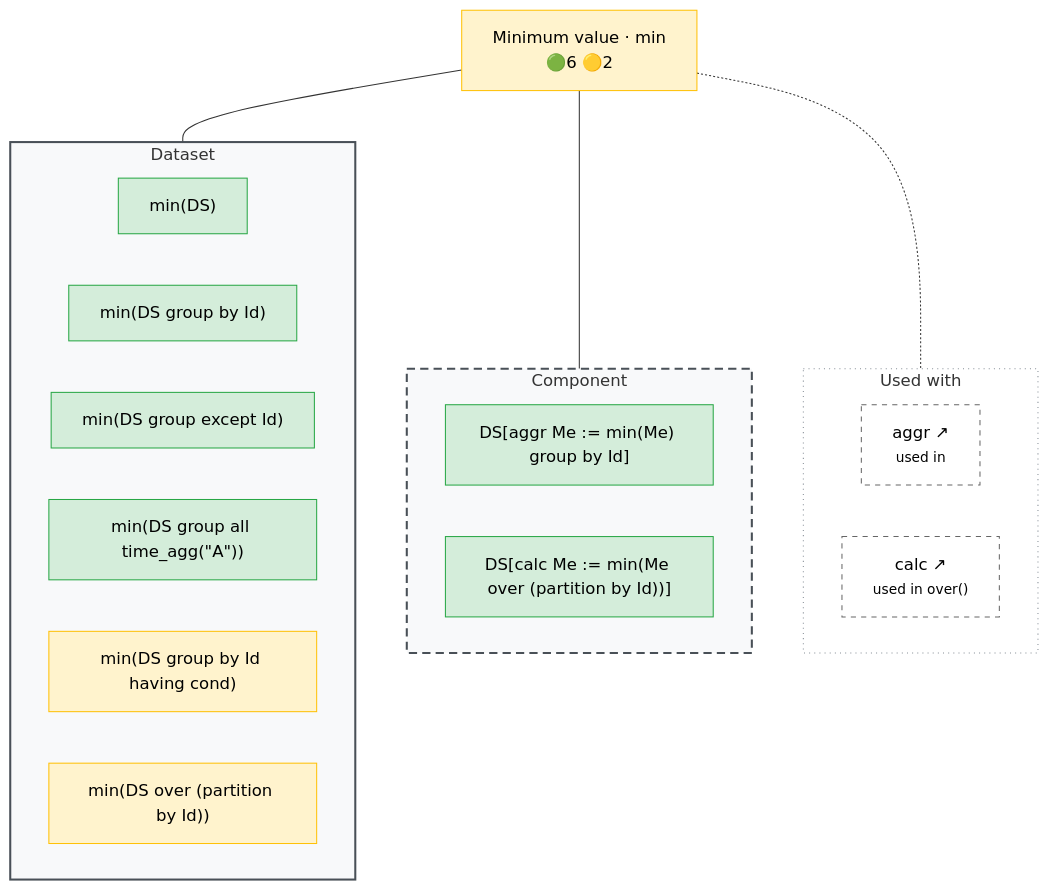
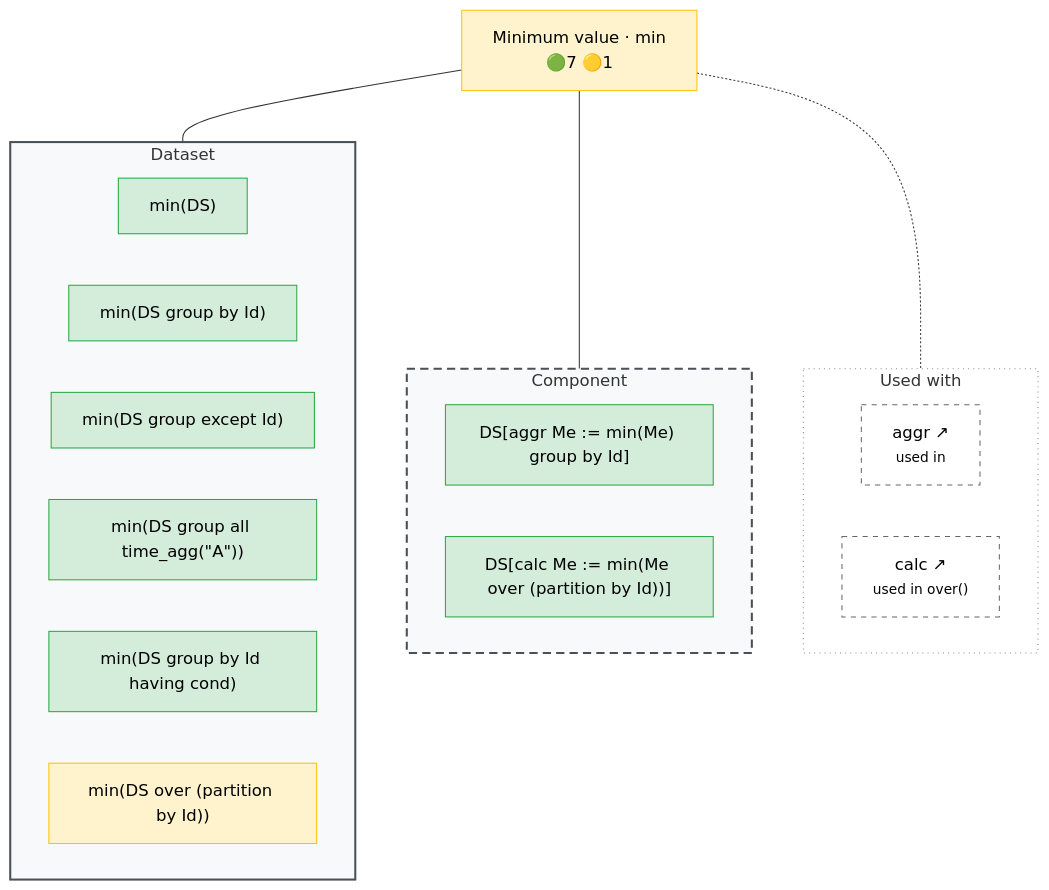
The diagram in docs/operator_map/aggregate/min.rst (Meaningful-Data/vtlengine), drawn with Mermaid before and after one commit. The commit also changed other lines of this file and 140 other files, not shown here.

```diff
--- a/docs/operator_map/aggregate/min.rst
+++ b/docs/operator_map/aggregate/min.rst
@@ -21,47 +21,47 @@
 .. mermaid::
    :config: {"flowchart": {"useMaxWidth": false}}
 
    flowchart TB
        classDef ok fill:#d4edda,stroke:#28a745,color:#000
        classDef partial fill:#fff3cd,stroke:#ffc107,color:#000
        classDef refused fill:#d4edda,stroke:#28a745,stroke-width:3px,stroke-dasharray: 2 2,color:#000
        classDef missing fill:#f8d7da,stroke:#dc3545,color:#000
        classDef diverge fill:#cce5ff,stroke:#007bff,color:#000
        classDef block fill:#2b3a4a,stroke:#2b3a4a,color:#fff,font-weight:bold
        classDef ext fill:#fff,stroke:#666,color:#000,stroke-dasharray: 5 5
-       O["Minimum value · min<br/>🟢6 🟡2"]:::partial
+       O["Minimum value · min<br/>🟢7 🟡1"]:::partial
        subgraph G_ds["Dataset"]
            direction LR
            v_ds_no_group["min(DS)"]:::ok
            v_ds_group_by["min(DS group by Id)"]:::ok
            v_ds_group_except["min(DS group except Id)"]:::ok
            v_ds_group_all["min(DS group all time_agg(#quot;A#quot;))"]:::ok
-           v_ds_having["min(DS group by Id having cond)"]:::partial
+           v_ds_having["min(DS group by Id having cond)"]:::ok
            v_analytic_ds["min(DS over (partition by Id))"]:::partial
        end
        subgraph G_comp["Component"]
            direction LR
            v_comp_in_aggr["DS#91;aggr Me #58;#61; min(Me) group by Id#93;"]:::ok
            v_analytic_comp["DS#91;calc Me #58;#61; min(Me over (partition by Id))#93;"]:::ok
        end
        subgraph G_use["Used with"]
            direction LR
            used__clause__aggr["aggr ↗<br/><small>used in</small>"]:::ext
            used__clause__calc["calc ↗<br/><small>used in over()</small>"]:::ext
        end
        O --- G_ds
        O --- G_comp
        O -.- G_use
        style G_ds fill:#f8f9fa,stroke:#495057,stroke-width:2px
        style G_comp fill:#f8f9fa,stroke:#495057,stroke-width:2px,stroke-dasharray: 8 5
        style G_use fill:#ffffff,stroke:#868e96,stroke-width:1px,stroke-dasharray: 1 4
        click v_ds_no_group href "#form-ds-no-group"
        click v_ds_group_by href "#form-ds-group-by"
        click v_ds_group_except href "#form-ds-group-except"
        click v_ds_group_all href "#form-ds-group-all"
        click v_ds_having href "#form-ds-having"
        click v_comp_in_aggr href "#form-comp-in-aggr"
        click v_analytic_ds href "#form-analytic-ds"
        click v_analytic_comp href "#form-analytic-comp"
        click used__clause__aggr href "../clause/aggr.html" "Aggregation · aggr"
        click used__clause__calc href "../clause/calc.html" "Calculation of a Component · calc"
```
